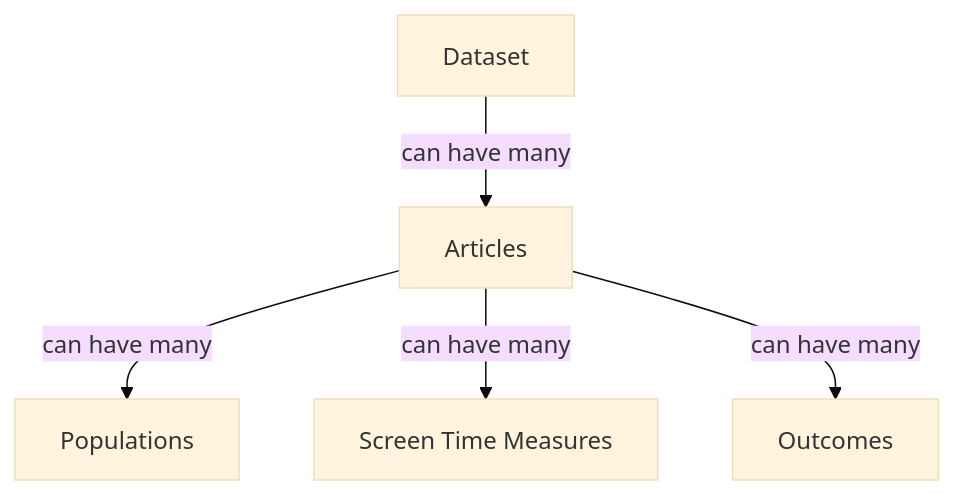
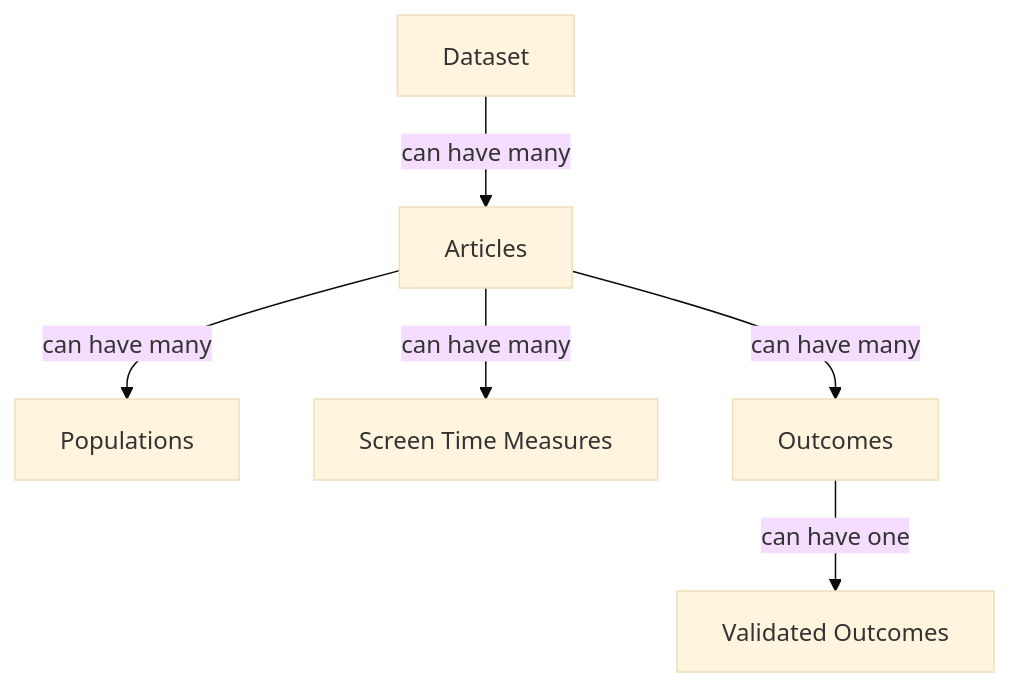
One commit to Motivation-and-Behaviour/bigger_picker changed the diagram in docs/manual/extraction_overview.md. Above: the diagram before and after it, drawn with Mermaid (base theme). The commit also changed other lines of this file and 8 other files, not shown here.

````diff
--- a/docs/manual/extraction_overview.md
+++ b/docs/manual/extraction_overview.md
@@ -48,13 +53,15 @@
 ```mermaid
 flowchart TD
     Dataset["Dataset"]
     Article["Articles"]
     Population["Populations"]
     ScreenTime["Screen Time Measures"]
     Outcome["Outcomes"]
+    ValidatedOutcome["Validated Outcomes"]
 
     Dataset -->|can have many| Article
     Article -->|can have many| Population
     Article -->|can have many| ScreenTime
     Article -->|can have many| Outcome
+    Outcome -->|can have one| ValidatedOutcome
 ```
````
